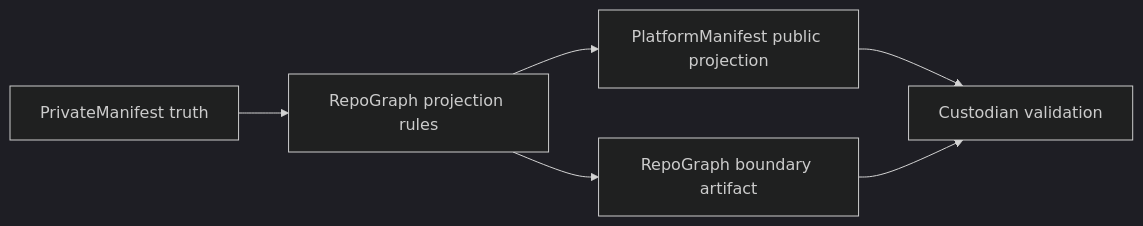
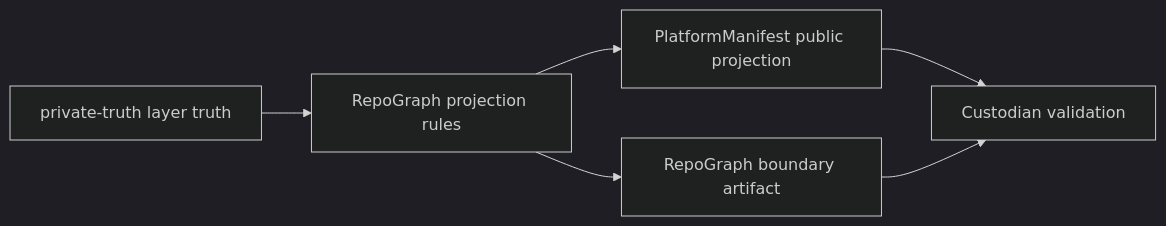
The third of 3 diagrams in docs/architecture/platform-architecture-charter.md (ProtocolWarden/ProtocolWarden.github.io), drawn with Mermaid (dark theme) before and after one commit. The commit also changed other lines of this file and 16 other files, not shown here.

````diff
--- a/docs/architecture/platform-architecture-charter.md
+++ b/docs/architecture/platform-architecture-charter.md
@@ -250,14 +250,14 @@
 ```mermaid
 graph LR
-    PrivateTruth[PrivateManifest truth]
+    PrivateTruth[private-truth layer truth]
     ProjectionRules[RepoGraph projection rules]
     PublicSafe[PlatformManifest public projection]
     Boundary[RepoGraph boundary artifact]
     Custodian[Custodian validation]
 
     PrivateTruth --> ProjectionRules
     ProjectionRules --> PublicSafe
     ProjectionRules --> Boundary
     PublicSafe --> Custodian
     Boundary --> Custodian
 ```
````
